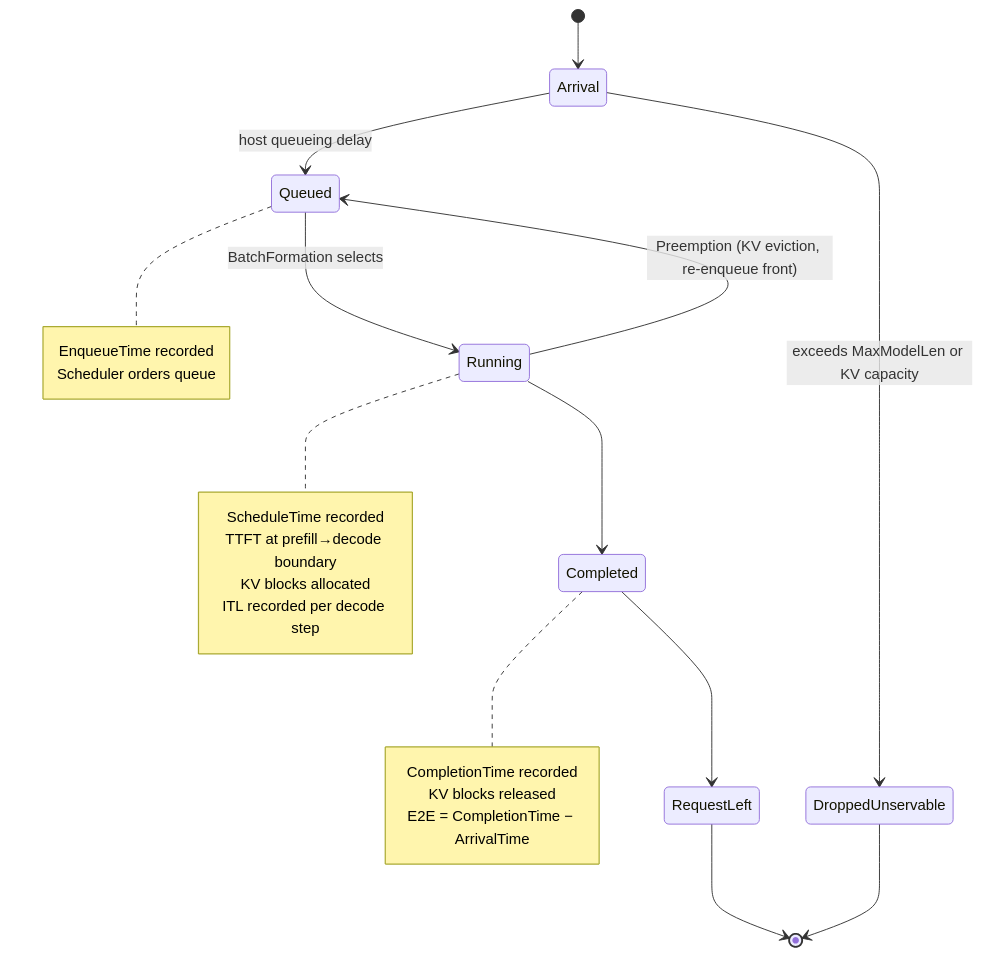
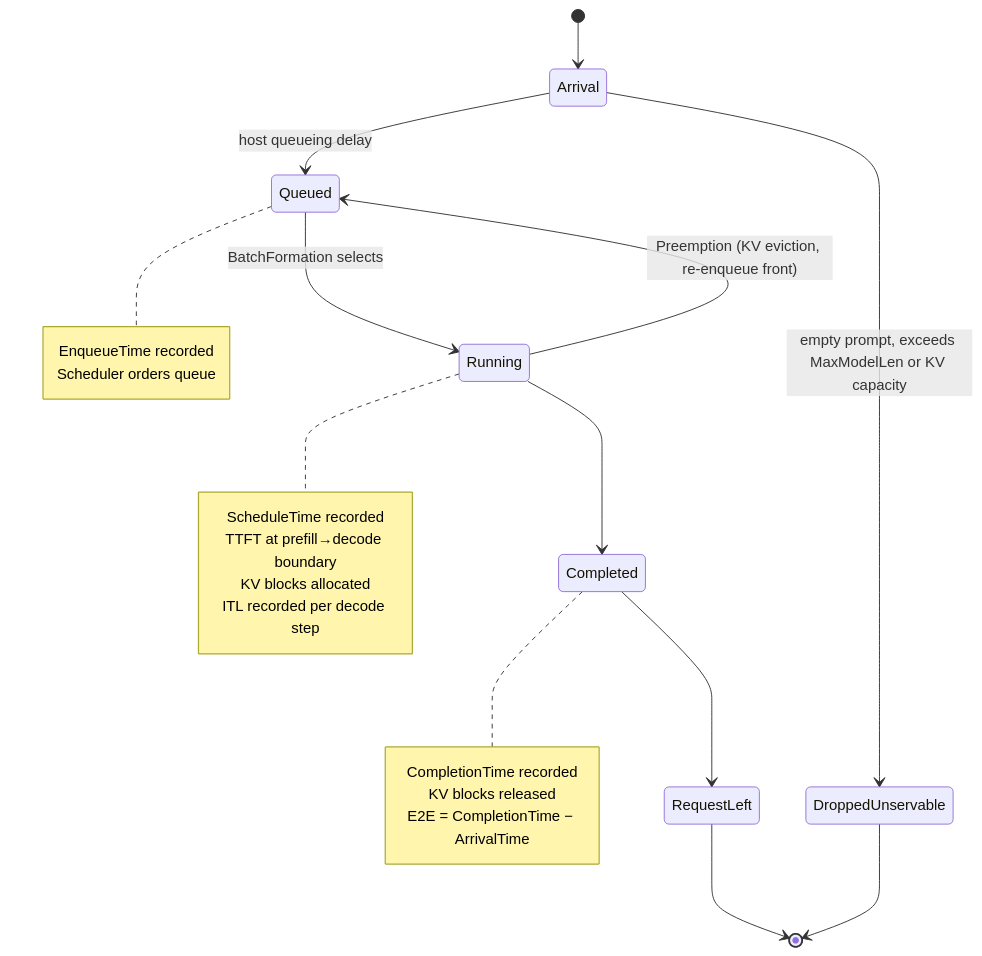
The diagram in docs/concepts/core-engine.md (inference-sim/inference-sim), drawn with Mermaid before and after one commit. The commit also changed other lines of this file and 9 other files, not shown here.

````diff
--- a/docs/concepts/core-engine.md
+++ b/docs/concepts/core-engine.md
@@ -54,36 +54,36 @@
 ```mermaid
 stateDiagram-v2
     [*] --> Arrival
     Arrival --> Queued : host queueing delay
-    Arrival --> DroppedUnservable : exceeds MaxModelLen or KV capacity
+    Arrival --> DroppedUnservable : empty prompt, exceeds MaxModelLen or KV capacity
 
     state "Queued" as Queued
     note right of Queued
         EnqueueTime recorded
         Scheduler orders queue
     end note
 
     Queued --> Running : BatchFormation selects
 
     state "Running" as Running
     note right of Running
         ScheduleTime recorded
         TTFT at prefill→decode boundary
         KV blocks allocated
         ITL recorded per decode step
     end note
 
     Running --> Completed
     Running --> Queued : Preemption (KV eviction, re-enqueue front)
 
     state "Completed" as Completed
     note right of Completed
         CompletionTime recorded
         KV blocks released
         E2E = CompletionTime − ArrivalTime
     end note
 
     Completed --> RequestLeft
     RequestLeft --> [*]
     DroppedUnservable --> [*]
 ```
````
